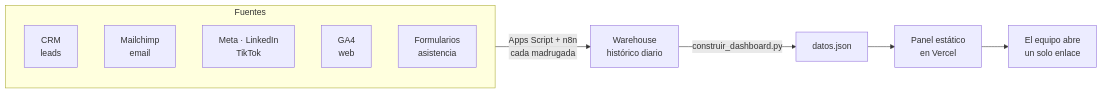
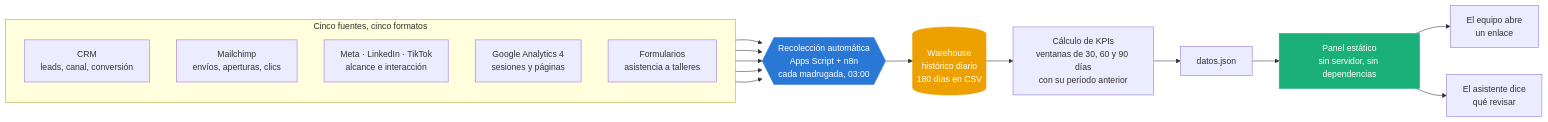
One commit to danielyatacoblas/panel-kpis-ong changed the first of 2 diagrams in README.md. Above: the diagram before and after it, drawn with Mermaid. The commit also changed other lines of this file, not shown here.

Commit message:
docs: lead the README with a diagram of the five data sources
Opening the repository showed the video placeholder first and buried the point
of the project several sections down. The purpose now comes first, followed by
a diagram tracing each source through collection, the historical warehouse and
the KPI windows to the static panel, and a table saying why each of those three
pieces exists rather than what it is.

Removes the duplicated problem statement and the reduced copy of the same
diagram that sat under 'Cómo funciona'.

````diff
--- a/README.md
+++ b/README.md
@@ -91,14 +26,30 @@
 ```mermaid
 flowchart LR
-    subgraph FUENTES ["Fuentes"]
-        A["CRM<br/>leads"]
-        B["Mailchimp<br/>email"]
-        C["Meta · LinkedIn<br/>TikTok"]
-        D["GA4<br/>web"]
-        E["Formularios<br/>asistencia"]
+    subgraph ORIGEN ["Cinco fuentes, cinco formatos"]
+        direction TB
+        A["CRM<br/>leads, canal, conversión"]
+        B["Mailchimp<br/>envíos, aperturas, clics"]
+        C["Meta · LinkedIn · TikTok<br/>alcance e interacción"]
+        D["Google Analytics 4<br/>sesiones y páginas"]
+        E["Formularios<br/>asistencia a talleres"]
     end
-    FUENTES -->|Apps Script + n8n<br/>cada madrugada| W["Warehouse<br/>histórico diario"]
-    W -->|construir_dashboard.py| J["datos.json"]
-    J --> V["Panel estático<br/>en Vercel"]
-    V --> U["El equipo abre<br/>un solo enlace"]
+
+    A --> R
+    B --> R
+    C --> R
+    D --> R
+    E --> R
+
+    R{{"Recolección automática<br/>Apps Script + n8n<br/>cada madrugada, 03:00"}}
+    R --> W[("Warehouse<br/>histórico diario<br/>180 días en CSV")]
+    W --> K["Cálculo de KPIs<br/>ventanas de 30, 60 y 90 días<br/>con su período anterior"]
+    K --> J["datos.json"]
+    J --> P["Panel estático<br/>sin servidor, sin dependencias"]
+
+    P --> U1["El equipo abre<br/>un enlace"]
+    P --> U2["El asistente dice<br/>qué revisar"]
+
+    style R fill:#2a78d6,color:#fff,stroke:#2a78d6
+    style P fill:#1baf7a,color:#fff,stroke:#1baf7a
+    style W fill:#eda100,color:#fff,stroke:#eda100
 ```
````
